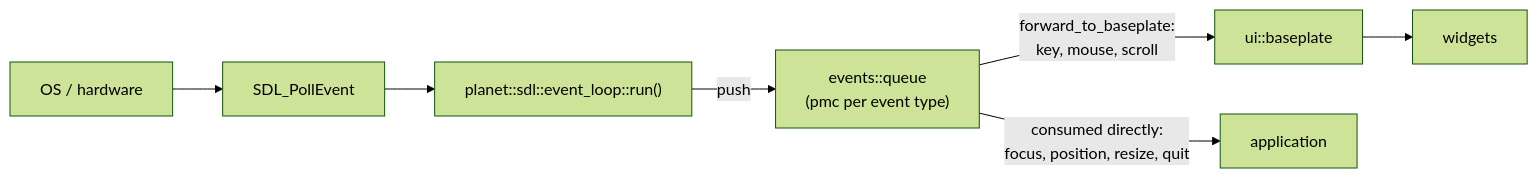
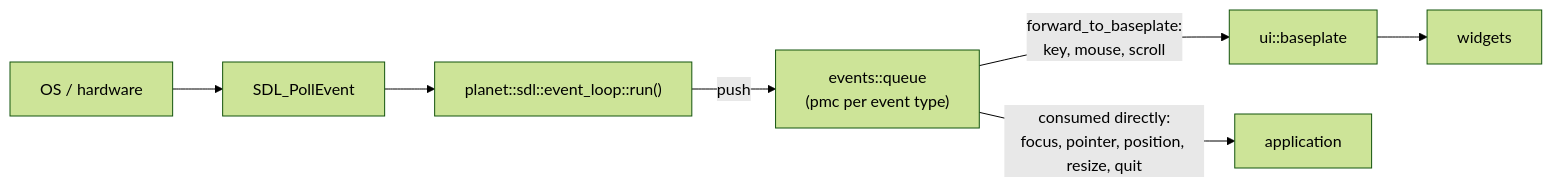
Before and after one commit to Blue5alamander/planet: the diagram in include/planet/events/README.md, drawn with Mermaid (forest theme). The commit also changed other lines of this file, not shown here.

````diff
--- a/include/planet/events/README.md
+++ b/include/planet/events/README.md
@@ -25,9 +24,9 @@
 ```mermaid
 flowchart LR
     hw[OS / hardware] --> sdl[SDL_PollEvent]
     sdl --> loop["planet::sdl::event_loop::run()"]
     loop -->|push| queue["events::queue<br/>(pmc per event type)"]
     queue -->|"forward_to_baseplate:<br/>key, mouse, scroll"| bp[ui::baseplate]
     bp --> widgets[widgets]
-    queue -->|"consumed directly:<br/>focus, position, resize, quit"| app[application]
+    queue -->|"consumed directly:<br/>focus, pointer, position, resize, quit"| app[application]
 ```
````
